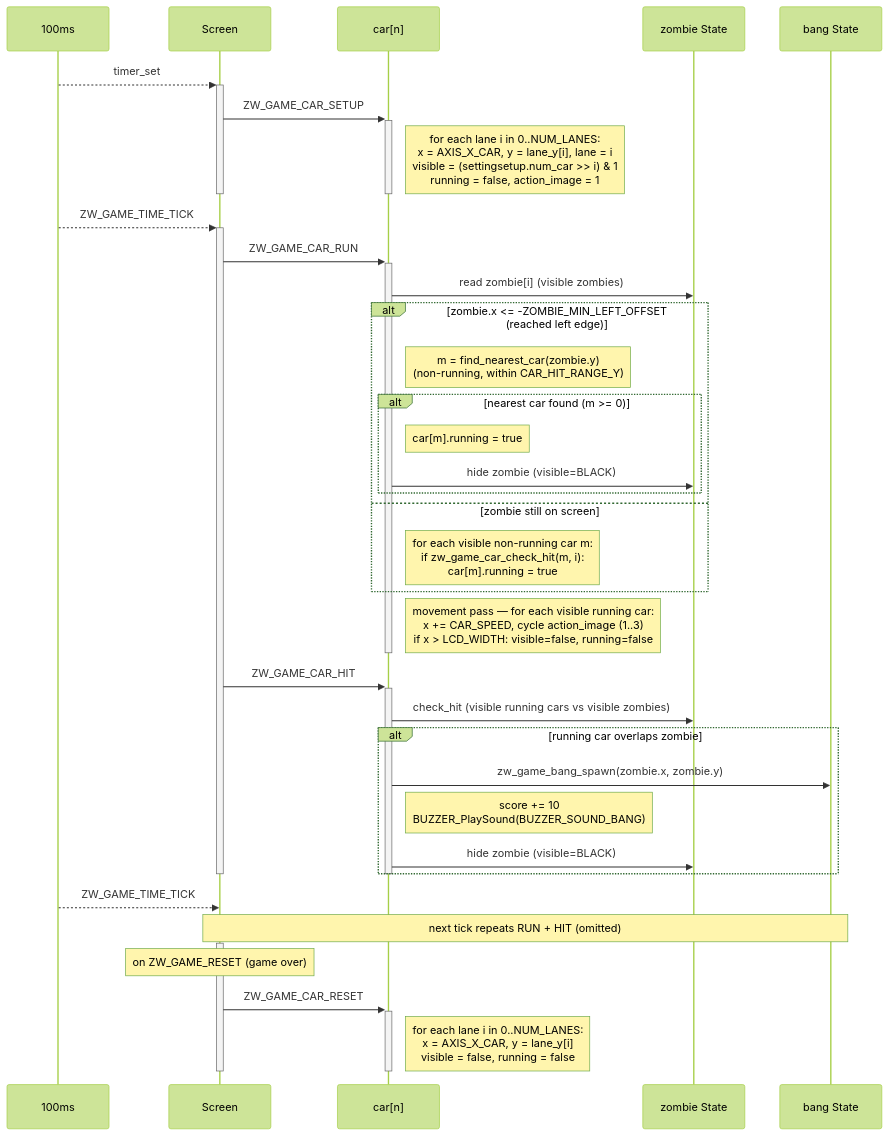
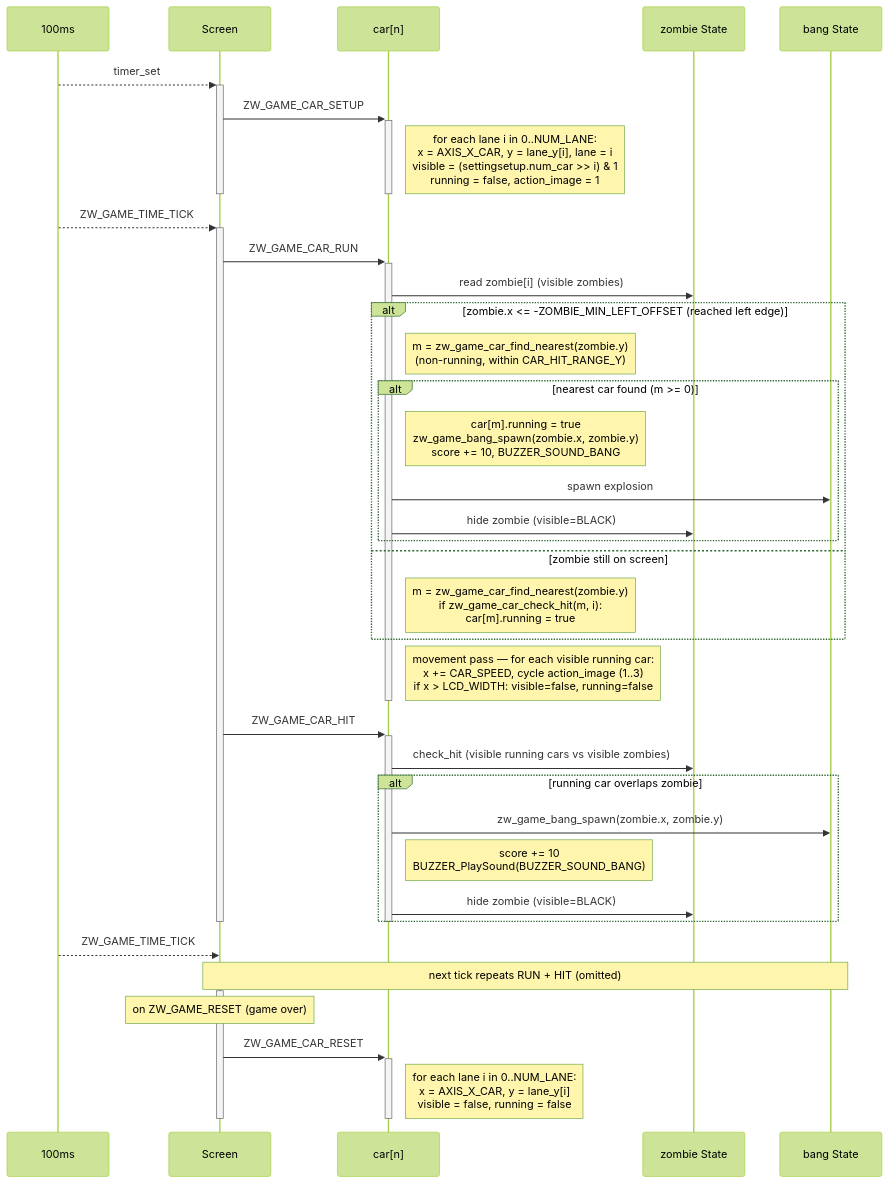
Before and after one commit to caotrongphuoc/mini-clock: the diagram in docs/object_sequence.md, drawn with Mermaid (forest theme). The commit also changed other lines of this file, not shown here.

Commit message:
[UPDATE] object_sequence.md

````diff
--- a/docs/object_sequence.md
+++ b/docs/object_sequence.md
@@ -56,49 +56,50 @@
 ```mermaid
 sequenceDiagram
     participant Timer as 100ms
     participant Screen
     participant Car as car[n]
     participant Zombie as zombie State
     participant Bang as bang State
 
     Timer-->>+Screen: timer_set
     Screen->>+Car: ZW_GAME_CAR_SETUP
-    Note right of Car: for each lane i in 0..NUM_LANES:<br/>x = AXIS_X_CAR, y = lane_y[i], lane = i<br/>visible = (settingsetup.num_car >> i) & 1<br/>running = false, action_image = 1
+    Note right of Car: for each lane i in 0..NUM_LANE:<br/>x = AXIS_X_CAR, y = lane_y[i], lane = i<br/>visible = (settingsetup.num_car >> i) & 1<br/>running = false, action_image = 1
     deactivate Car
     deactivate Screen
 
     Timer-->>+Screen: ZW_GAME_TIME_TICK
     Screen->>+Car: ZW_GAME_CAR_RUN
     Car->>Zombie: read zombie[i] (visible zombies)
     alt zombie.x <= -ZOMBIE_MIN_LEFT_OFFSET (reached left edge)
-        Note right of Car: m = find_nearest_car(zombie.y)<br/>(non-running, within CAR_HIT_RANGE_Y)
+        Note right of Car: m = zw_game_car_find_nearest(zombie.y)<br/>(non-running, within CAR_HIT_RANGE_Y)
         alt nearest car found (m >= 0)
-            Note right of Car: car[m].running = true
+            Note right of Car: car[m].running = true<br/>zw_game_bang_spawn(zombie.x, zombie.y)<br/>score += 10, BUZZER_SOUND_BANG
+            Car->>Bang: spawn explosion
             Car->>Zombie: hide zombie (visible=BLACK)
         end
     else zombie still on screen
-        Note right of Car: for each visible non-running car m:<br/>if zw_game_car_check_hit(m, i):<br/>car[m].running = true
+        Note right of Car: m = zw_game_car_find_nearest(zombie.y)<br/>if zw_game_car_check_hit(m, i):<br/>car[m].running = true
     end
     Note right of Car: movement pass — for each visible running car:<br/>x += CAR_SPEED, cycle action_image (1..3)<br/>if x > LCD_WIDTH: visible=false, running=false
     deactivate Car
 
     Screen->>+Car: ZW_GAME_CAR_HIT
     Car->>Zombie: check_hit (visible running cars vs visible zombies)
     alt running car overlaps zombie
         Car->>Bang: zw_game_bang_spawn(zombie.x, zombie.y)
         Note right of Car: score += 10<br/>BUZZER_PlaySound(BUZZER_SOUND_BANG)
         Car->>Zombie: hide zombie (visible=BLACK)
     end
     deactivate Car
     deactivate Screen
 
     Timer-->>Screen: ZW_GAME_TIME_TICK
     Note over Screen,Bang: next tick repeats RUN + HIT (omitted)
 
     activate Screen
     Note over Screen: on ZW_GAME_RESET (game over)
     Screen->>+Car: ZW_GAME_CAR_RESET
-    Note right of Car: for each lane i in 0..NUM_LANES:<br/>x = AXIS_X_CAR, y = lane_y[i]<br/>visible = false, running = false
+    Note right of Car: for each lane i in 0..NUM_LANE:<br/>x = AXIS_X_CAR, y = lane_y[i]<br/>visible = false, running = false
     deactivate Car
     deactivate Screen
 ```
````
